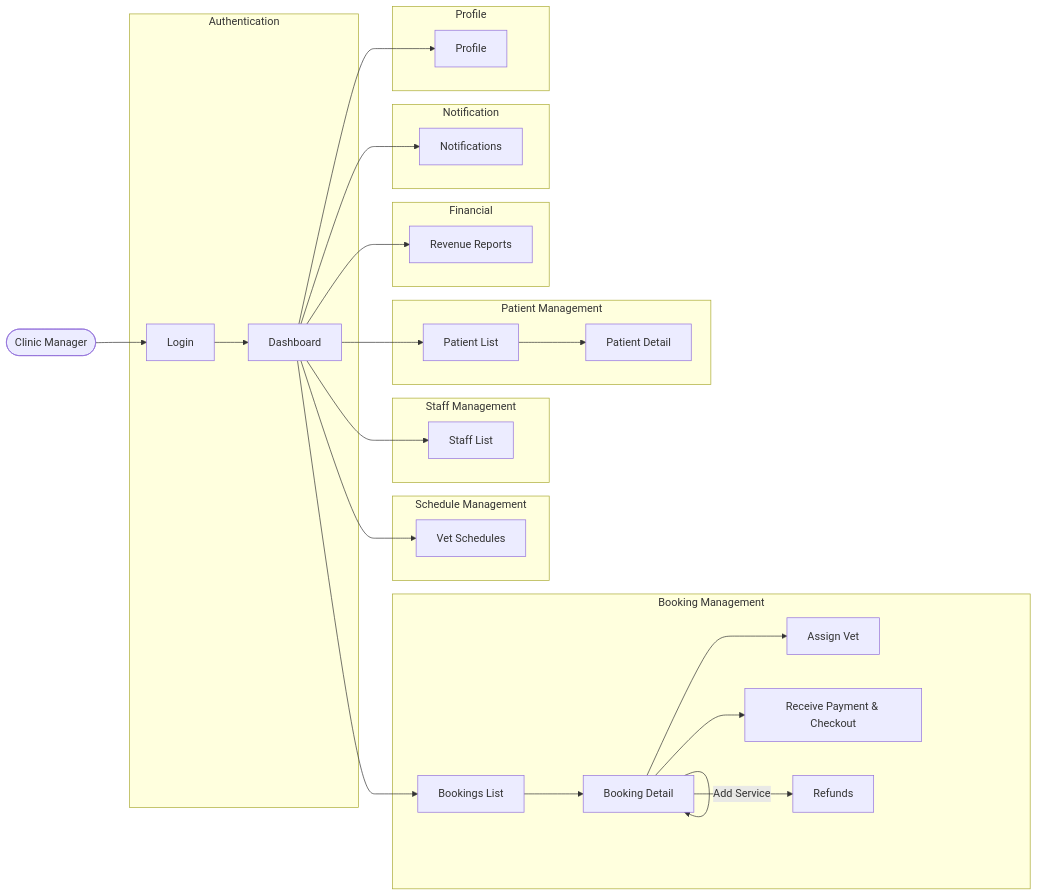
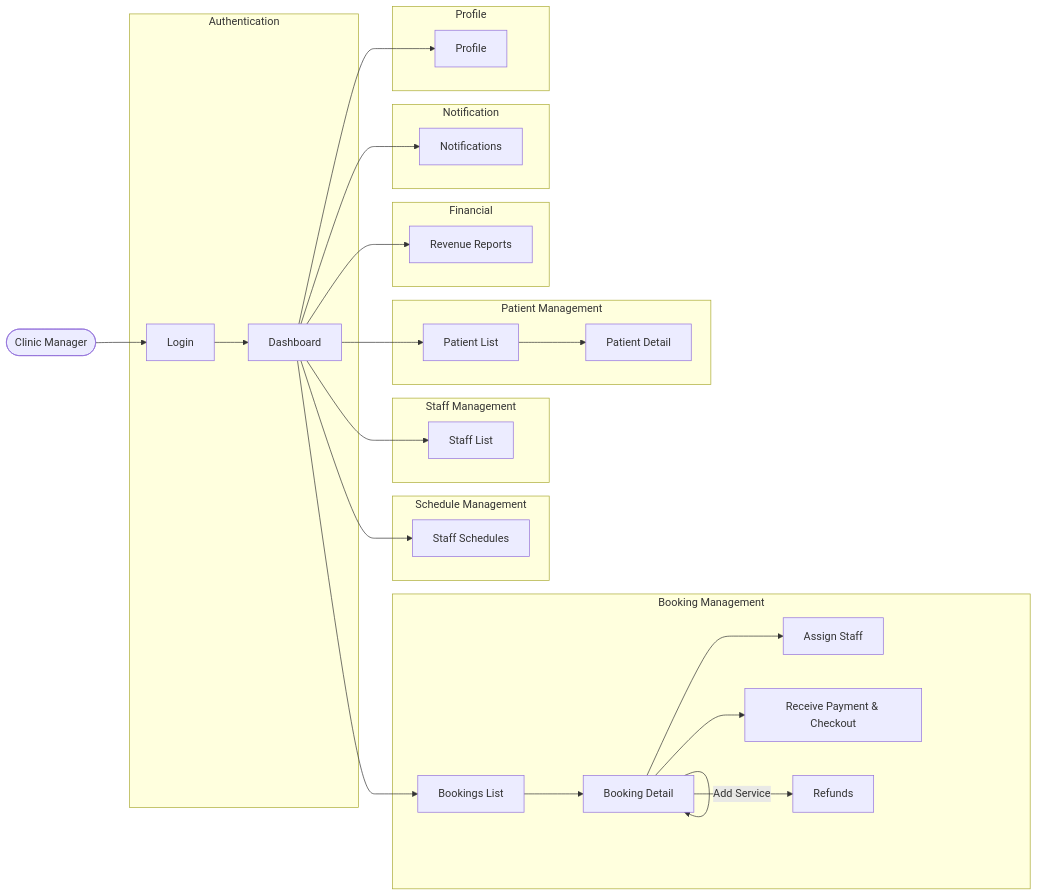
One commit to espresso23/Petties-Veterinary-Appointment-Booking-Platform changed the seventh of 9 diagrams in docs-references/documentation/SRS/PETTIES_SRS.md. Above: the diagram before and after it, drawn with Mermaid. The commit also changed other lines of this file and 204 other files, not shown here.

First line of the commit message:
refactor(all): complete vet→staff naming migration across codebase

````diff
--- a/docs-references/documentation/SRS/PETTIES_SRS.md
+++ b/docs-references/documentation/SRS/PETTIES_SRS.md
@@ -664,42 +664,42 @@
 ```mermaid
 flowchart LR
     CM([Clinic Manager]) --> Login
 
     subgraph Authentication
         Login --> Dashboard
     end
 
     subgraph Schedule_Management[Schedule Management]
-        Dashboard --> VetSchedules[Vet Schedules]
+        Dashboard --> StaffSchedules[Staff Schedules]
     end
 
     subgraph Booking_Management[Booking Management]
         Dashboard --> BookingsList[Bookings List]
         BookingsList --> BookingDetail[Booking Detail]
-        BookingDetail --> AssignVet[Assign Vet]
+        BookingDetail --> AssignStaff[Assign Staff]
         BookingDetail -- "Add Service" --> BookingDetail
         BookingDetail --> PaymentCheckout[Receive Payment & Checkout]
         BookingDetail --> Refunds
     end
 
     subgraph Staff_Management[Staff Management]
         Dashboard --> StaffList[Staff List]
     end
 
     subgraph Patient_Management[Patient Management]
         Dashboard --> PatientList[Patient List]
         PatientList --> PatientDetail[Patient Detail]
     end
 
     subgraph Financial
         Dashboard --> RevenueReports[Revenue Reports]
     end
 
     subgraph Notification
         Dashboard --> Notifications
     end
 
     subgraph Profile
         Dashboard --> ProfileScreen[Profile]
     end
 ```
````
